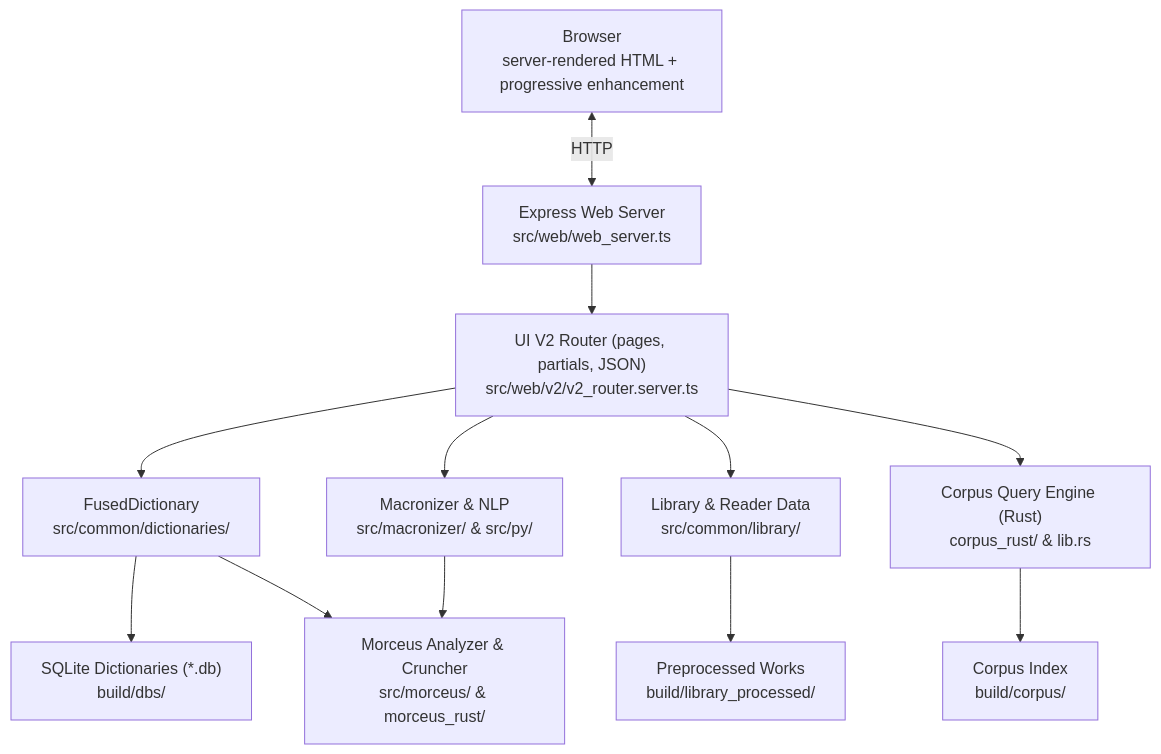
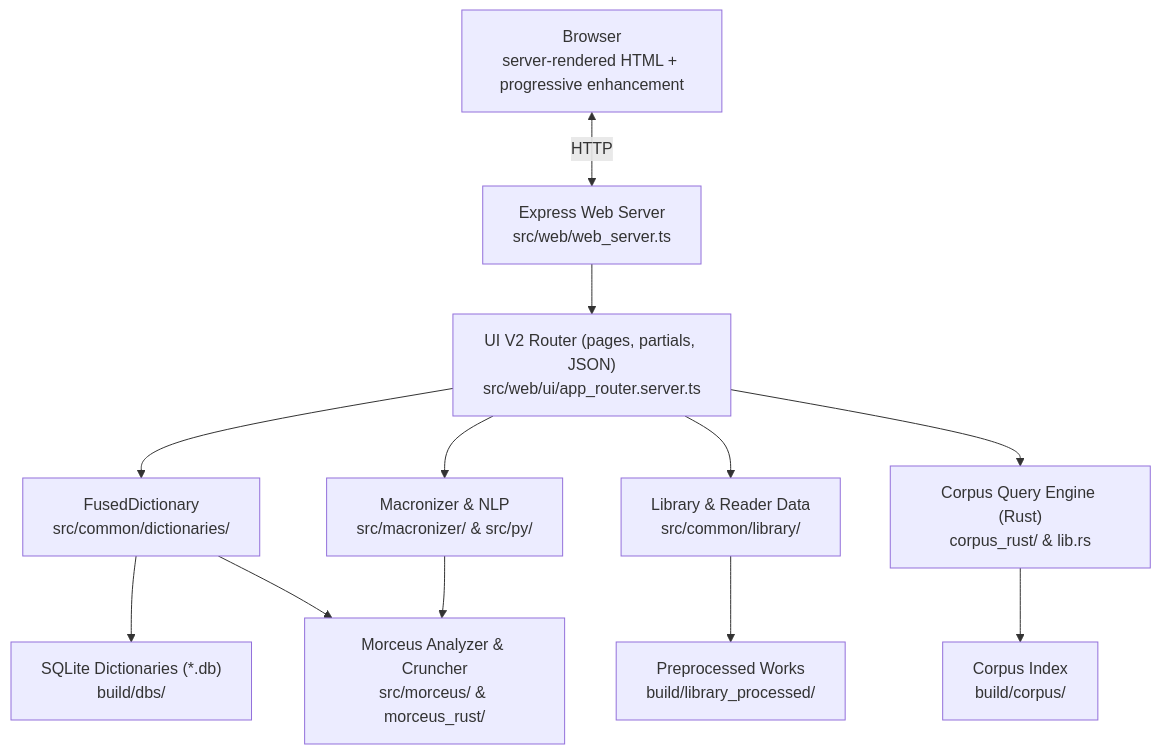
Before and after one commit to nkprasad12/morcus-net: the diagram in ARCHITECTURE.md, drawn with Mermaid. The commit also changed other lines of this file and 936 other files, not shown here.

Commit message:
[ui] Retire 'v2' naming across src/web/ui, bundler, library preprocess, and E2E/visual suites

````diff
--- a/ARCHITECTURE.md
+++ b/ARCHITECTURE.md
@@ -18,32 +18,32 @@
 ```mermaid
 graph TD
     Browser["Browser<br/>server-rendered HTML + progressive enhancement"]
     Server["Express Web Server<br/>src/web/web_server.ts"]
-    V2["UI V2 Router (pages, partials, JSON)<br/>src/web/v2/v2_router.server.ts"]
+    V2["UI V2 Router (pages, partials, JSON)<br/>src/web/ui/app_router.server.ts"]
 
     FusedDict["FusedDictionary<br/>src/common/dictionaries/"]
     SQLite["SQLite Dictionaries (*.db)<br/>build/dbs/"]
 
     Morceus["Morceus Analyzer & Cruncher<br/>src/morceus/ & morceus_rust/"]
 
     Library["Library & Reader Data<br/>src/common/library/"]
     LibraryStorage["Preprocessed Works<br/>build/library_processed/"]
 
     Corpus["Corpus Query Engine (Rust)<br/>corpus_rust/ & lib.rs"]
     CorpusData["Corpus Index<br/>build/corpus/"]
 
     Macronizer["Macronizer & NLP<br/>src/macronizer/ & src/py/"]
 
     Browser <-->|HTTP| Server
     Server --> V2
     V2 --> FusedDict
     V2 --> Library
     V2 --> Corpus
     V2 --> Macronizer
 
     FusedDict --> SQLite
     FusedDict --> Morceus
     Library --> LibraryStorage
     Corpus --> CorpusData
     Macronizer --> Morceus
 ```
````
